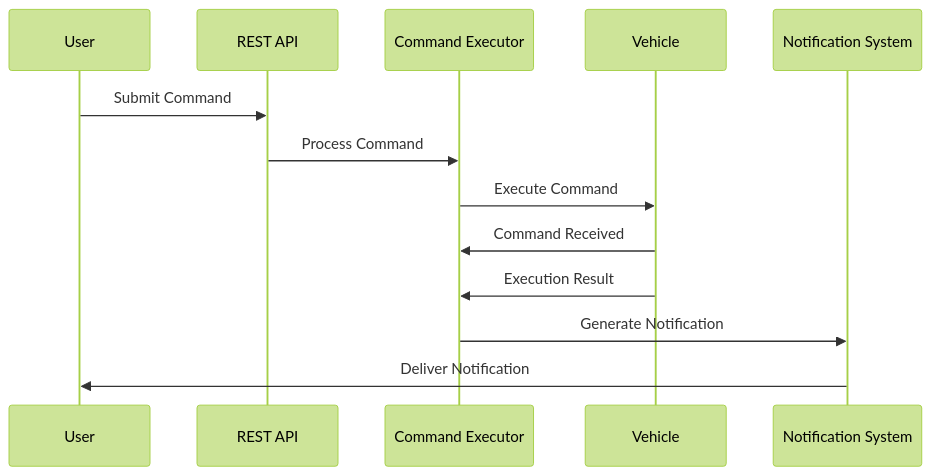
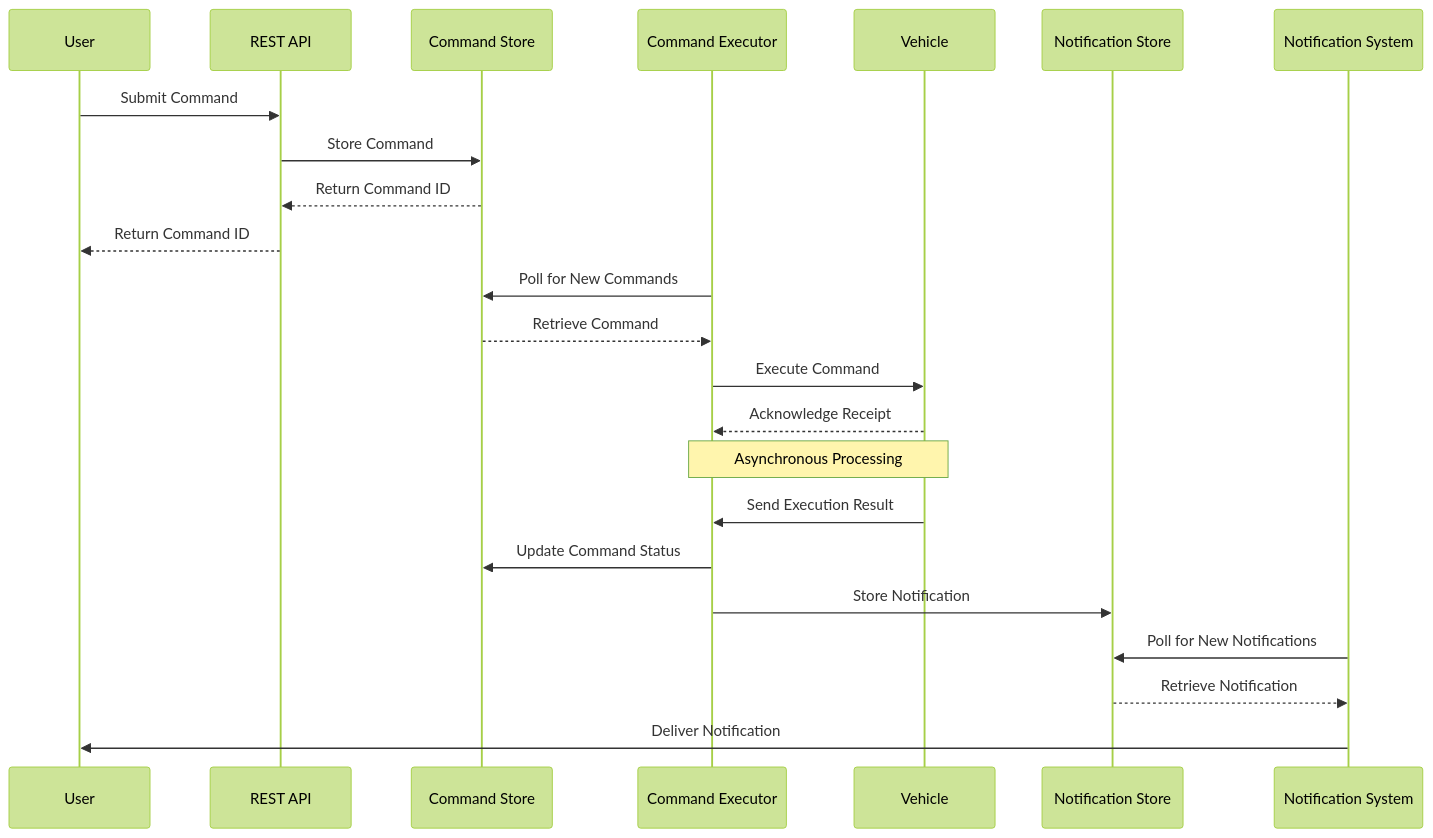
Before and after one commit to kimtth/agentic-connected-vehicle-platform: the second of 3 diagrams in README.md, drawn with Mermaid (forest theme). The commit also changed other lines of this file and 86 other files, not shown here.

````diff
--- a/README.md
+++ b/README.md
@@ -71,17 +70,30 @@
 ```mermaid
 sequenceDiagram
     participant User
     participant API as REST API
+    participant CmdStore as Command Store
     participant Executor as Command Executor
     participant Vehicle
+    participant NotifStore as Notification Store
     participant Notifier as Notification System
     
     User->>API: Submit Command
-    API->>Executor: Process Command
+    API->>CmdStore: Store Command
+    CmdStore-->>API: Return Command ID
+    API-->>User: Return Command ID
+    
+    Executor->>CmdStore: Poll for New Commands
+    CmdStore-->>Executor: Retrieve Command
     Executor->>Vehicle: Execute Command
-    Vehicle->>Executor: Command Received
+    Vehicle-->>Executor: Acknowledge Receipt
     
-    Vehicle->>Executor: Execution Result
-    Executor->>Notifier: Generate Notification
+    Note over Executor,Vehicle: Asynchronous Processing
+    
+    Vehicle->>Executor: Send Execution Result
+    Executor->>CmdStore: Update Command Status
+    Executor->>NotifStore: Store Notification
+    
+    Notifier->>NotifStore: Poll for New Notifications
+    NotifStore-->>Notifier: Retrieve Notification
     Notifier->>User: Deliver Notification
 ```
````
